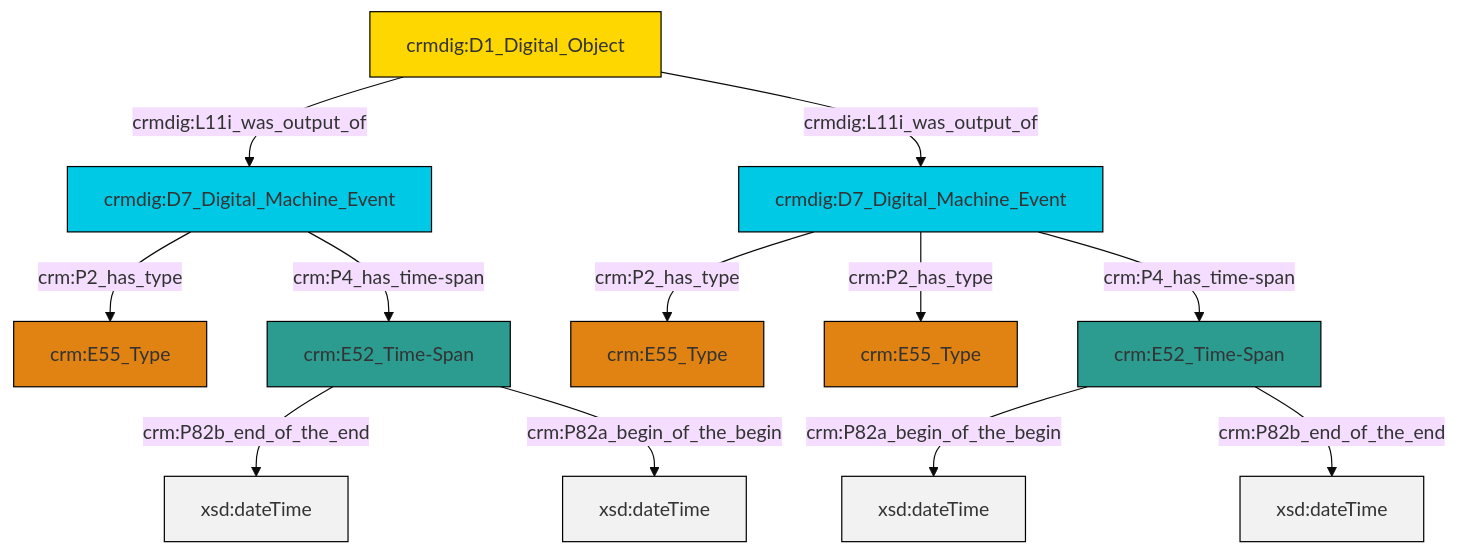
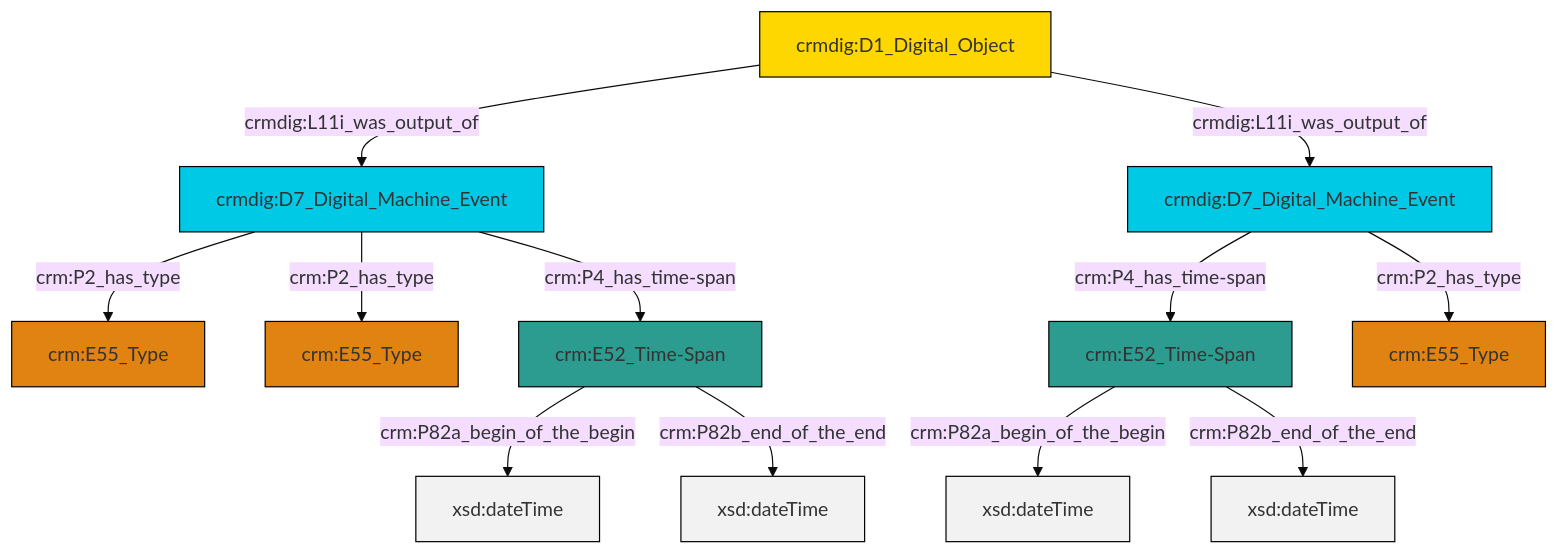
The diagram in et/doCSV/ttl/mmd/do_existence.ttl.mmd (swiss-art-research-net/docs.swissartresearch), drawn with Mermaid (base theme) before and after one commit. The commit also changed 174 other files, not shown here.

```diff
--- a/et/doCSV/ttl/mmd/do_existence.ttl.mmd
+++ b/et/doCSV/ttl/mmd/do_existence.ttl.mmd
@@ -1,26 +1,26 @@
 graph TD
 classDef Literal fill:#f2f2f2,stroke:#000000;
 classDef CRM_Entity fill:#FFFFFF,stroke:#000000;
 classDef Temporal_Entity fill:#00C9E6, stroke:#000000;
 classDef Type fill:#E18312, stroke:#000000;
 classDef Time-Span fill:#2C9C91, stroke:#000000;
 classDef Appellation fill:#FFEB7F, stroke:#000000;
 classDef Place fill:#008836, stroke:#000000;
 classDef Persistent_Item fill:#B266B2, stroke:#000000;
 classDef Conceptual_Object fill:#FFD700, stroke:#000000;
 classDef Physical_Thing fill:#D2B48C, stroke:#000000;
 classDef Actor fill:#f58aad, stroke:#000000;
 classDef PC_Classes fill:#4ce600, stroke:#000000;
 classDef Multi fill:#cccccc,stroke:#000000;
 
-0["crmdig:D7_Digital_Machine_Event"]:::Temporal_Entity -->|crm:P2_has_type| 1["crm:E55_Type"]:::Type
-2["crm:E52_Time-Span"]:::Time-Span -->|crm:P82b_end_of_the_end| 6[xsd:dateTime]:::Literal
-7["crmdig:D1_Digital_Object"]:::Conceptual_Object -->|crmdig:L11i_was_output_of| 8["crmdig:D7_Digital_Machine_Event"]:::Temporal_Entity
-9["crm:E52_Time-Span"]:::Time-Span -->|crm:P82a_begin_of_the_begin| 10[xsd:dateTime]:::Literal
-7["crmdig:D1_Digital_Object"]:::Conceptual_Object -->|crmdig:L11i_was_output_of| 0["crmdig:D7_Digital_Machine_Event"]:::Temporal_Entity
-8["crmdig:D7_Digital_Machine_Event"]:::Temporal_Entity -->|crm:P2_has_type| 4["crm:E55_Type"]:::Type
-0["crmdig:D7_Digital_Machine_Event"]:::Temporal_Entity -->|crm:P2_has_type| 13["crm:E55_Type"]:::Type
-2["crm:E52_Time-Span"]:::Time-Span -->|crm:P82a_begin_of_the_begin| 16[xsd:dateTime]:::Literal
-0["crmdig:D7_Digital_Machine_Event"]:::Temporal_Entity -->|crm:P4_has_time-span| 9["crm:E52_Time-Span"]:::Time-Span
-8["crmdig:D7_Digital_Machine_Event"]:::Temporal_Entity -->|crm:P4_has_time-span| 2["crm:E52_Time-Span"]:::Time-Span
-9["crm:E52_Time-Span"]:::Time-Span -->|crm:P82b_end_of_the_end| 21[xsd:dateTime]:::Literal
+2["crm:E52_Time-Span"]:::Time-Span -->|crm:P82a_begin_of_the_begin| 3[xsd:dateTime]:::Literal
+6["crmdig:D7_Digital_Machine_Event"]:::Temporal_Entity -->|crm:P2_has_type| 8["crm:E55_Type"]:::Type
+10["crmdig:D7_Digital_Machine_Event"]:::Temporal_Entity -->|crm:P4_has_time-span| 2["crm:E52_Time-Span"]:::Time-Span
+6["crmdig:D7_Digital_Machine_Event"]:::Temporal_Entity -->|crm:P2_has_type| 0["crm:E55_Type"]:::Type
+13["crmdig:D1_Digital_Object"]:::Conceptual_Object -->|crmdig:L11i_was_output_of| 6["crmdig:D7_Digital_Machine_Event"]:::Temporal_Entity
+2["crm:E52_Time-Span"]:::Time-Span -->|crm:P82b_end_of_the_end| 17[xsd:dateTime]:::Literal
+11["crm:E52_Time-Span"]:::Time-Span -->|crm:P82a_begin_of_the_begin| 19[xsd:dateTime]:::Literal
+6["crmdig:D7_Digital_Machine_Event"]:::Temporal_Entity -->|crm:P4_has_time-span| 11["crm:E52_Time-Span"]:::Time-Span
+13["crmdig:D1_Digital_Object"]:::Conceptual_Object -->|crmdig:L11i_was_output_of| 10["crmdig:D7_Digital_Machine_Event"]:::Temporal_Entity
+10["crmdig:D7_Digital_Machine_Event"]:::Temporal_Entity -->|crm:P2_has_type| 4["crm:E55_Type"]:::Type
+11["crm:E52_Time-Span"]:::Time-Span -->|crm:P82b_end_of_the_end| 22[xsd:dateTime]:::Literal
```
